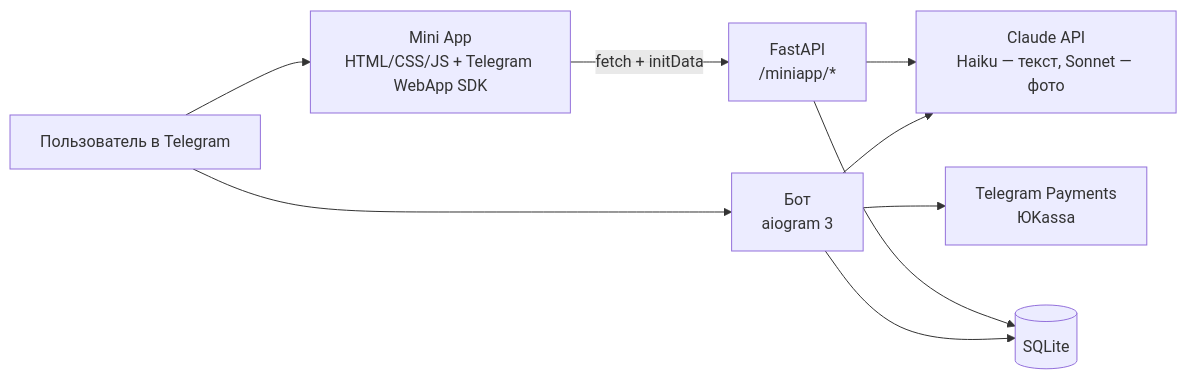
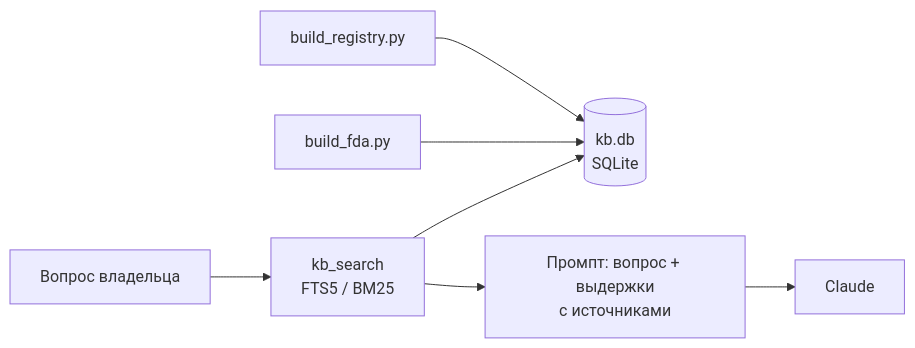
Before and after one commit to EvgeniiLes/vetcheck-bot: the diagram in rag-lab/README.md, drawn with Mermaid. The commit also changed other lines of this file and 8 other files, not shown here.

````diff
--- a/rag-lab/README.md
+++ b/rag-lab/README.md
@@ -28,11 +17,9 @@
 ```mermaid
 flowchart LR
-    U[Пользователь в Telegram] --> B[Бот<br/>aiogram 3]
-    U --> M[Mini App<br/>HTML/CSS/JS + Telegram WebApp SDK]
-    M -->|fetch + initData| S[FastAPI<br/>/miniapp/*]
-    B --> C[Claude API<br/>Haiku — текст, Sonnet — фото]
-    S --> C
-    B --> D[(SQLite)]
-    S --> D
-    B --> P[Telegram Payments<br/>ЮKassa]
+    Q[Вопрос владельца] --> S[kb_search<br/>FTS5 / BM25]
+    S --> DB[(kb.db<br/>SQLite)]
+    S --> P[Промпт: вопрос + выдержки<br/>с источниками]
+    P --> C[Claude]
+    F[build_fda.py] --> DB
+    R[build_registry.py] --> DB
 ```
````
